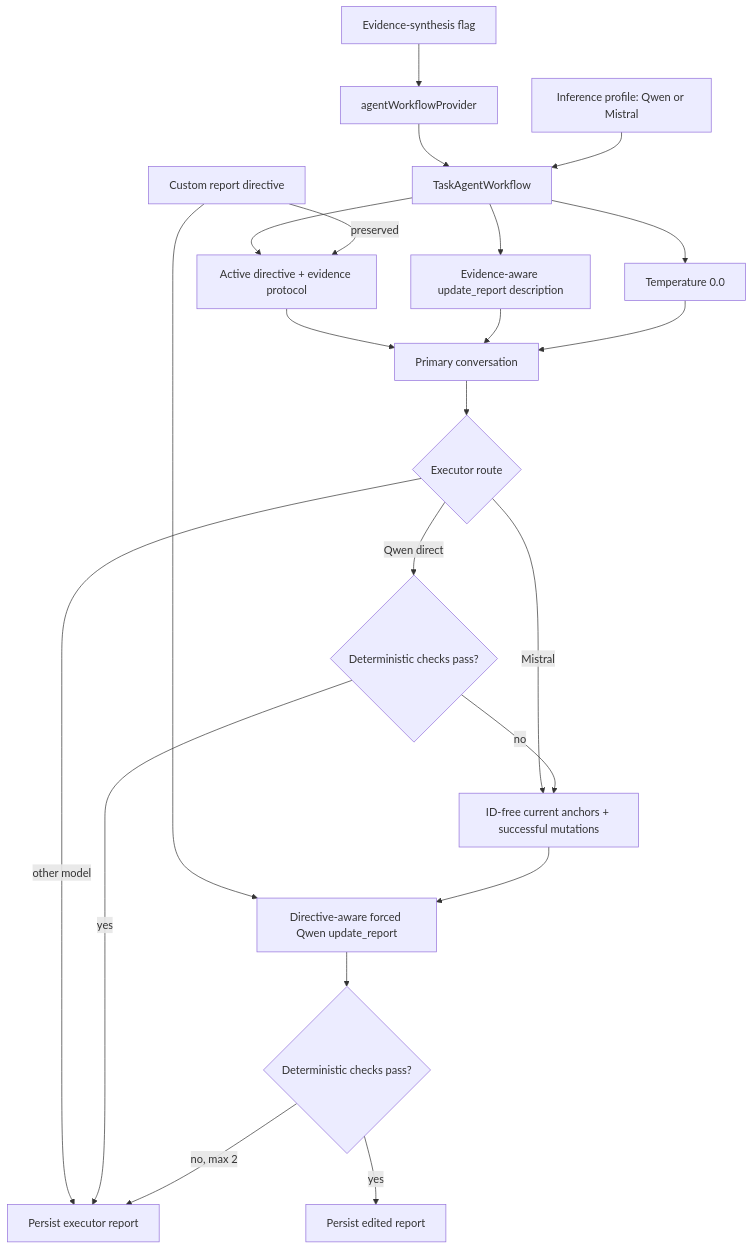
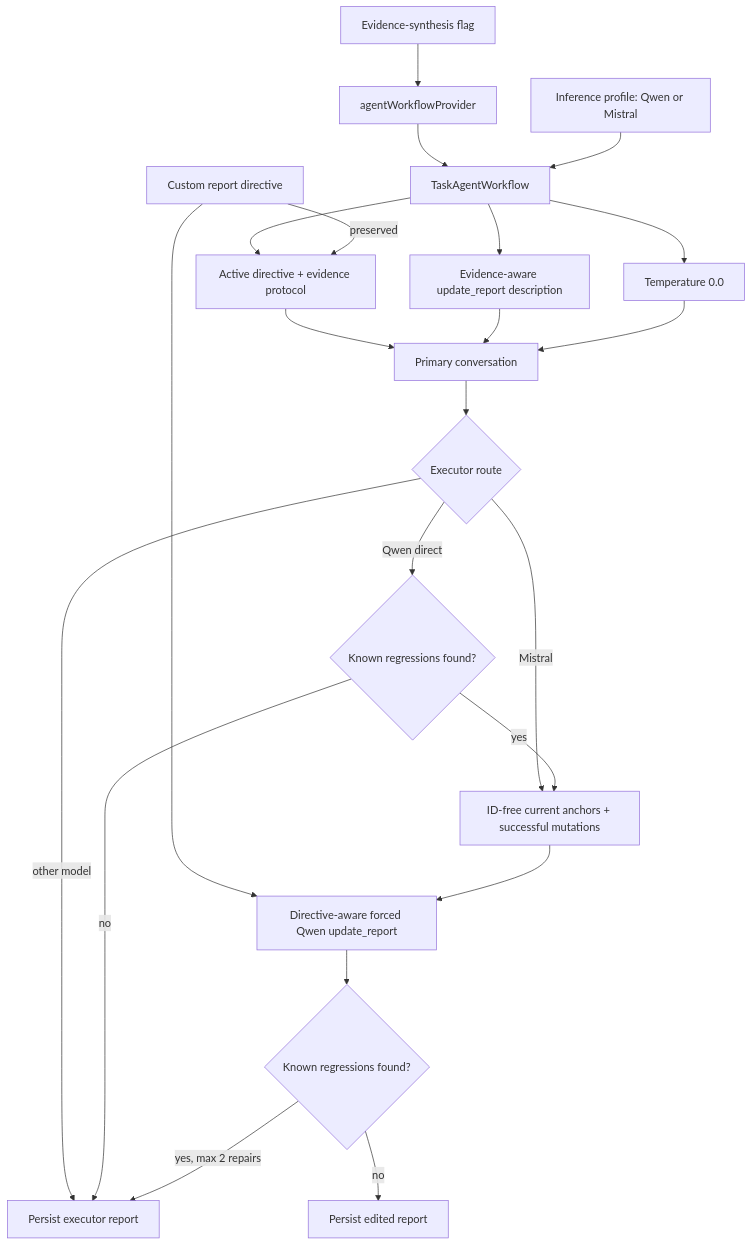
The tenth of 20 diagrams in lib/features/agents/README.md (matthiasn/lotti), drawn with Mermaid before and after one commit. The commit also changed other lines of this file and 38 other files, not shown here.

````diff
--- a/lib/features/agents/README.md
+++ b/lib/features/agents/README.md
@@ -919,24 +926,24 @@
 ```mermaid
 flowchart TD
   Flag["Evidence-synthesis flag"] --> Provider["agentWorkflowProvider"]
   Provider --> Workflow["TaskAgentWorkflow"]
   Profile["Inference profile: Qwen or Mistral"] --> Workflow
   Workflow --> Prompt["Active directive + evidence protocol"]
   Workflow --> Tools["Evidence-aware update_report description"]
   Workflow --> Sampling["Temperature 0.0"]
   Custom["Custom report directive"] -->|preserved| Prompt
   Prompt --> Executor["Primary conversation"]
   Tools --> Executor
   Sampling --> Executor
   Executor --> Route{"Executor route"}
   Route -->|other model| Persist["Persist executor report"]
   Route -->|Mistral| Facts["ID-free current anchors + successful mutations"]
-  Route -->|Qwen direct| DirectValidate{"Deterministic checks pass?"}
-  DirectValidate -->|yes| Persist
-  DirectValidate -->|no| Facts
+  Route -->|Qwen direct| DirectValidate{"Known regressions found?"}
+  DirectValidate -->|no| Persist
+  DirectValidate -->|yes| Facts
   Custom --> Editor
   Facts --> Editor["Directive-aware forced Qwen update_report"]
-  Editor --> Validate{"Deterministic checks pass?"}
-  Validate -->|yes| PersistEdited["Persist edited report"]
-  Validate -->|no, max 2| Persist
+  Editor --> Validate{"Known regressions found?"}
+  Validate -->|no| PersistEdited["Persist edited report"]
+  Validate -->|yes, max 2 repairs| Persist
 ```
````
